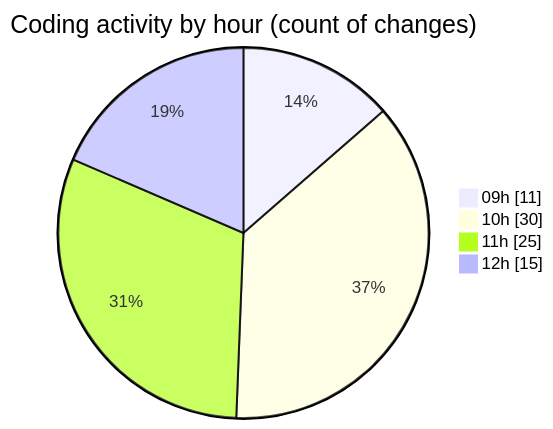
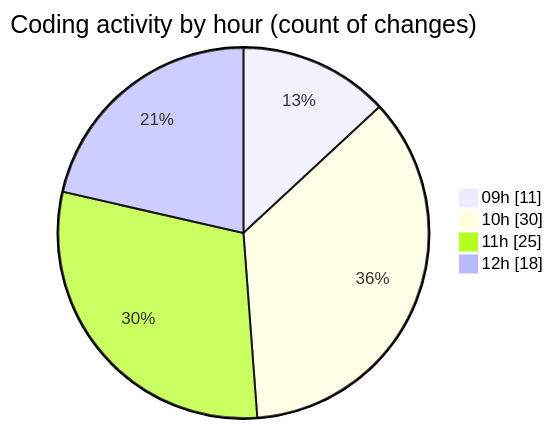
Before and after one commit to momahboobian/code-tracking: the second of 2 diagrams in 2025-06-24/cda/README.md, drawn with Mermaid. The commit also changed other lines of this file and 1 other file, not shown here.

````diff
--- a/2025-06-24/cda/README.md
+++ b/2025-06-24/cda/README.md
@@ -29,8 +29,8 @@
 ```mermaid
 pie showData
 title Coding activity by hour (count of changes)
 "09h" : 11
 "10h" : 30
 "11h" : 25
-"12h" : 15
+"12h" : 18
 ```
````
